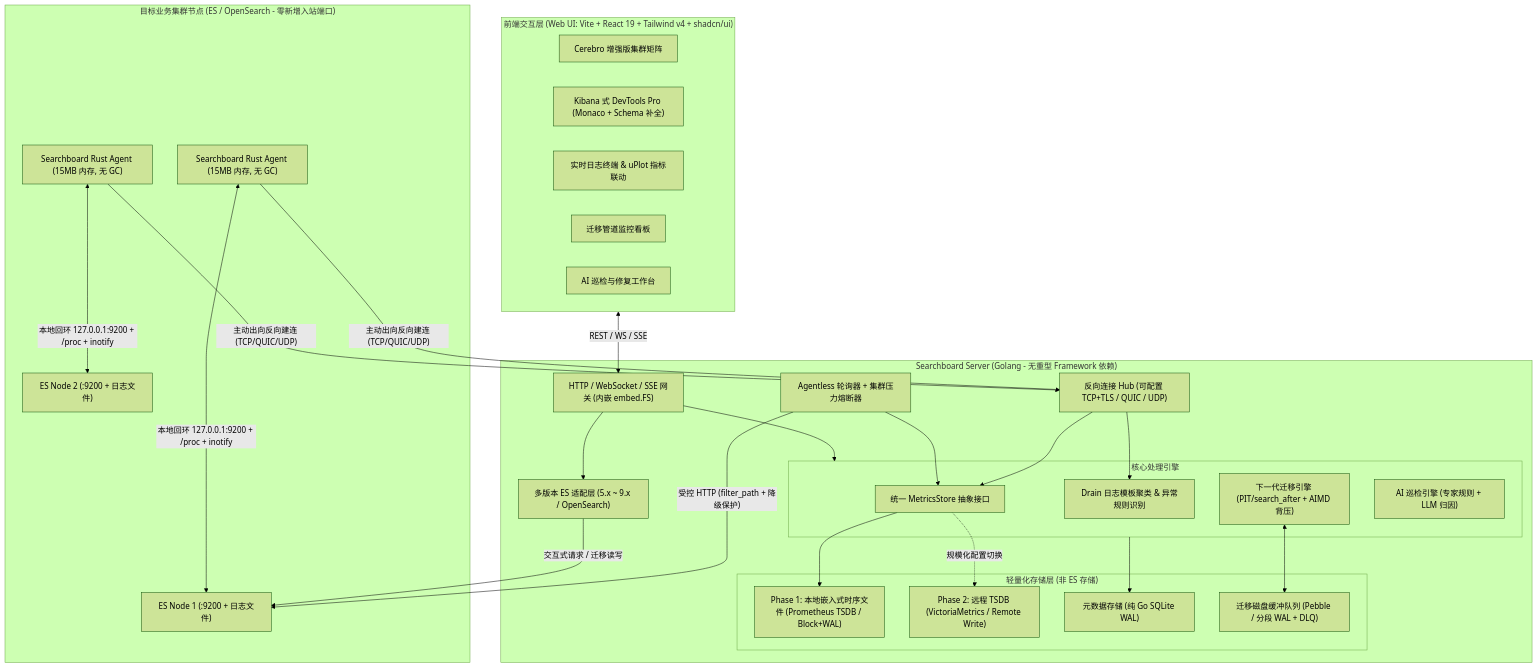
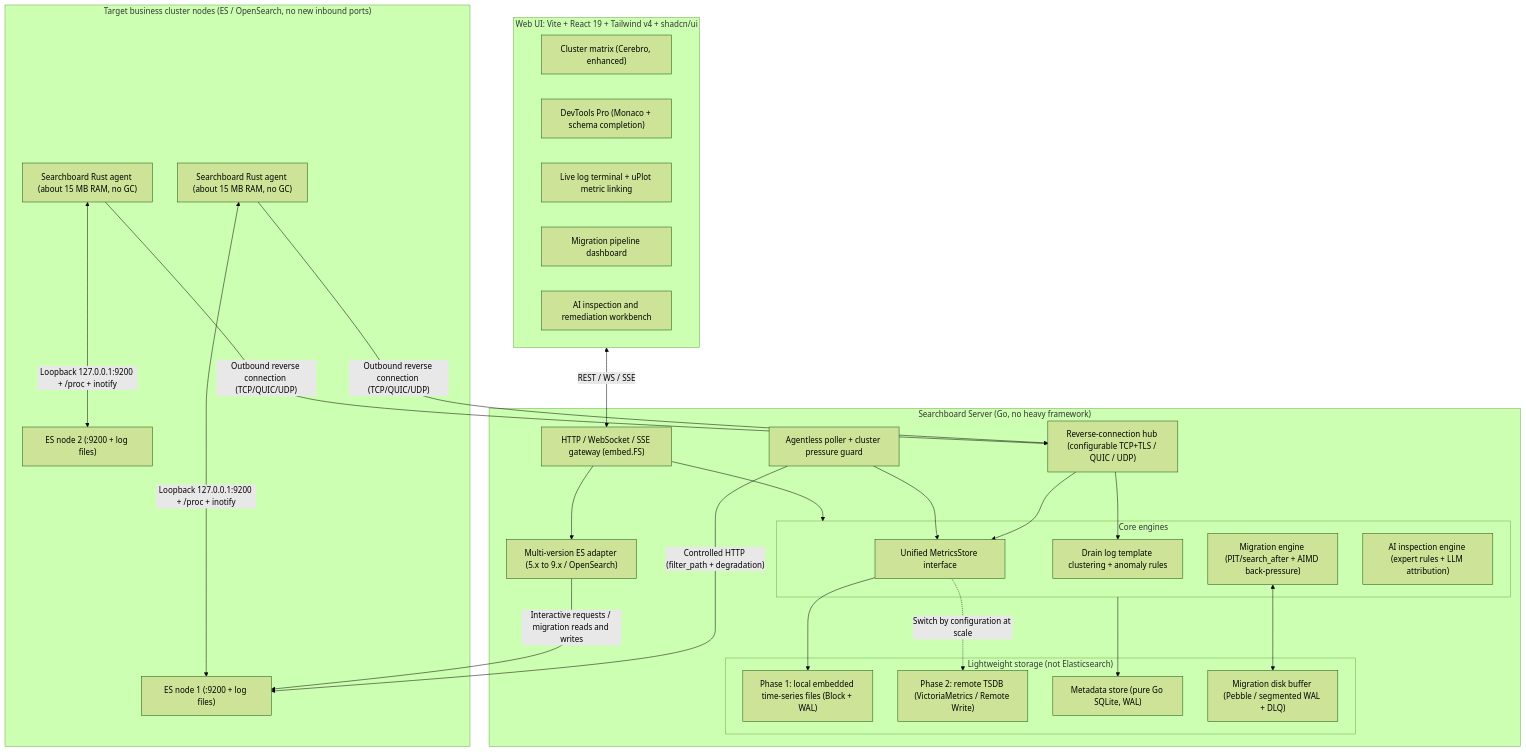
Before and after one commit to aisearchkit/searchboard: the first of 3 diagrams in docs/architecture.md, drawn with Mermaid (forest theme). The commit also changed other lines of this file and 22 other files, not shown here.

````diff
--- a/docs/architecture.md
+++ b/docs/architecture.md
@@ -23,58 +19,58 @@
 ```mermaid
 flowchart TB
-    subgraph Client["前端交互层 (Web UI: Vite + React 19 + Tailwind v4 + shadcn/ui)"]
-        UI_Matrix["Cerebro 增强版集群矩阵"]
-        UI_Dev["Kibana 式 DevTools Pro (Monaco + Schema 补全)"]
-        UI_Log["实时日志终端 & uPlot 指标联动"]
-        UI_Mig["迁移管道监控看板"]
-        UI_AI["AI 巡检与修复工作台"]
+    subgraph Client["Web UI: Vite + React 19 + Tailwind v4 + shadcn/ui"]
+        UI_Matrix["Cluster matrix (Cerebro, enhanced)"]
+        UI_Dev["DevTools Pro (Monaco + schema completion)"]
+        UI_Log["Live log terminal + uPlot metric linking"]
+        UI_Mig["Migration pipeline dashboard"]
+        UI_AI["AI inspection and remediation workbench"]
     end
 
-    subgraph Server["Searchboard Server (Golang - 无重型 Framework 依赖)"]
-        APIGW["HTTP / WebSocket / SSE 网关 (内嵌 embed.FS)"]
-        ESAdapter["多版本 ES 适配层 (5.x ~ 9.x / OpenSearch)"]
-        Collector["Agentless 轮询器 + 集群压力熔断器"]
-        AgentHub["反向连接 Hub (可配置 TCP+TLS / QUIC / UDP)"]
+    subgraph Server["Searchboard Server (Go, no heavy framework)"]
+        APIGW["HTTP / WebSocket / SSE gateway (embed.FS)"]
+        ESAdapter["Multi-version ES adapter (5.x to 9.x / OpenSearch)"]
+        Collector["Agentless poller + cluster pressure guard"]
+        AgentHub["Reverse-connection hub (configurable TCP+TLS / QUIC / UDP)"]
 
-        subgraph CoreEngine["核心处理引擎"]
-            TSDBAdapter["统一 MetricsStore 抽象接口"]
-            LogEngine["Drain 日志模板聚类 & 异常规则识别"]
-            MigEngine["下一代迁移引擎 (PIT/search_after + AIMD 背压)"]
-            Inspector["AI 巡检引擎 (专家规则 + LLM 归因)"]
+        subgraph CoreEngine["Core engines"]
+            TSDBAdapter["Unified MetricsStore interface"]
+            LogEngine["Drain log template clustering + anomaly rules"]
+            MigEngine["Migration engine (PIT/search_after + AIMD back-pressure)"]
+            Inspector["AI inspection engine (expert rules + LLM attribution)"]
         end
 
-        subgraph Storage["轻量化存储层 (非 ES 存储)"]
-            LocalTSDB["Phase 1: 本地嵌入式时序文件 (Prometheus TSDB / Block+WAL)"]
-            RemoteTSDB["Phase 2: 远程 TSDB (VictoriaMetrics / Remote Write)"]
-            SQLite["元数据存储 (纯 Go SQLite WAL)"]
-            DiskQueue["迁移磁盘缓冲队列 (Pebble / 分段 WAL + DLQ)"]
+        subgraph Storage["Lightweight storage (not Elasticsearch)"]
+            LocalTSDB["Phase 1: local embedded time-series files (Block + WAL)"]
+            RemoteTSDB["Phase 2: remote TSDB (VictoriaMetrics / Remote Write)"]
+            SQLite["Metadata store (pure Go SQLite, WAL)"]
+            DiskQueue["Migration disk buffer (Pebble / segmented WAL + DLQ)"]
         end
     end
 
-    subgraph Cluster["目标业务集群节点 (ES / OpenSearch - 零新增入站端口)"]
-        ESNode1["ES Node 1 (:9200 + 日志文件)"]
-        Agent1["Searchboard Rust Agent (15MB 内存, 无 GC)"]
-        ESNode2["ES Node 2 (:9200 + 日志文件)"]
-        Agent2["Searchboard Rust Agent (15MB 内存, 无 GC)"]
+    subgraph Cluster["Target business cluster nodes (ES / OpenSearch, no new inbound ports)"]
+        ESNode1["ES node 1 (:9200 + log files)"]
+        Agent1["Searchboard Rust agent (about 15 MB RAM, no GC)"]
+        ESNode2["ES node 2 (:9200 + log files)"]
+        Agent2["Searchboard Rust agent (about 15 MB RAM, no GC)"]
     end
 
     Client <-->|"REST / WS / SSE"| APIGW
     APIGW --> CoreEngine
     APIGW --> ESAdapter
-    Collector -->|"受控 HTTP (filter_path + 降级保护)"| ESNode1
-    ESAdapter -->|"交互式请求 / 迁移读写"| ESNode1
+    Collector -->|"Controlled HTTP (filter_path + degradation)"| ESNode1
+    ESAdapter -->|"Interactive requests / migration reads and writes"| ESNode1
 
-    Agent1 <-->|"本地回环 127.0.0.1:9200 + /proc + inotify"| ESNode1
-    Agent2 <-->|"本地回环 127.0.0.1:9200 + /proc + inotify"| ESNode2
+    Agent1 <-->|"Loopback 127.0.0.1:9200 + /proc + inotify"| ESNode1
+    Agent2 <-->|"Loopback 127.0.0.1:9200 + /proc + inotify"| ESNode2
 
-    Agent1 -->|"主动出向反向建连 (TCP/QUIC/UDP)"| AgentHub
-    Agent2 -->|"主动出向反向建连 (TCP/QUIC/UDP)"| AgentHub
+    Agent1 -->|"Outbound reverse connection (TCP/QUIC/UDP)"| AgentHub
+    Agent2 -->|"Outbound reverse connection (TCP/QUIC/UDP)"| AgentHub
 
     AgentHub --> TSDBAdapter
     Collector --> TSDBAdapter
     AgentHub --> LogEngine
     TSDBAdapter --> LocalTSDB
-    TSDBAdapter -.->|"规模化配置切换"| RemoteTSDB
+    TSDBAdapter -.->|"Switch by configuration at scale"| RemoteTSDB
     MigEngine <--> DiskQueue
     CoreEngine --> SQLite
 ```
````
